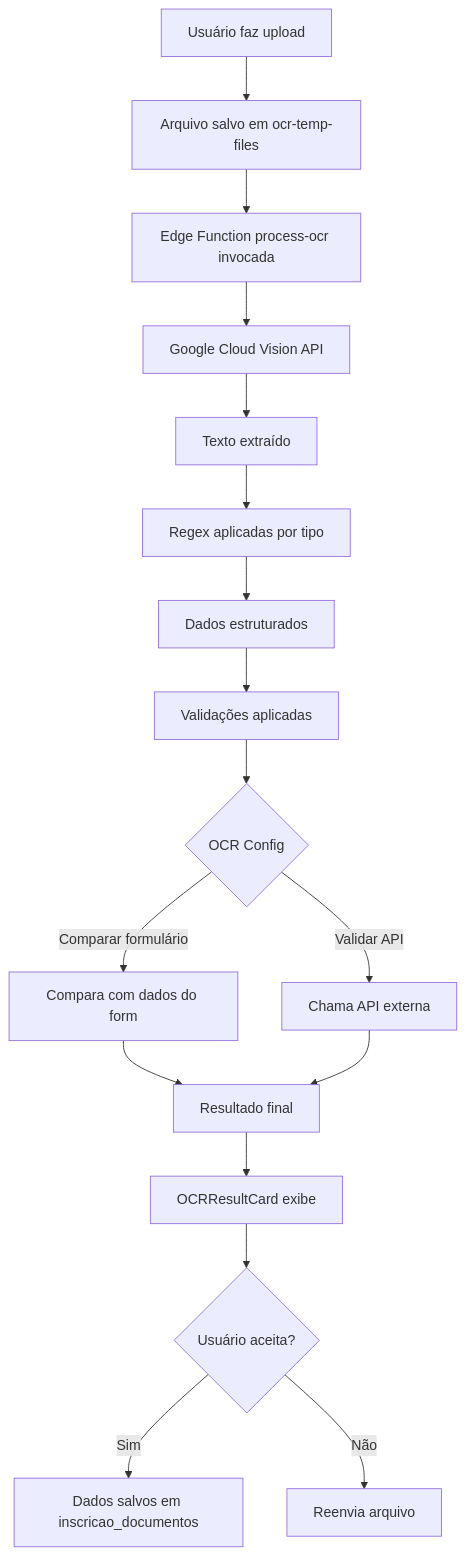
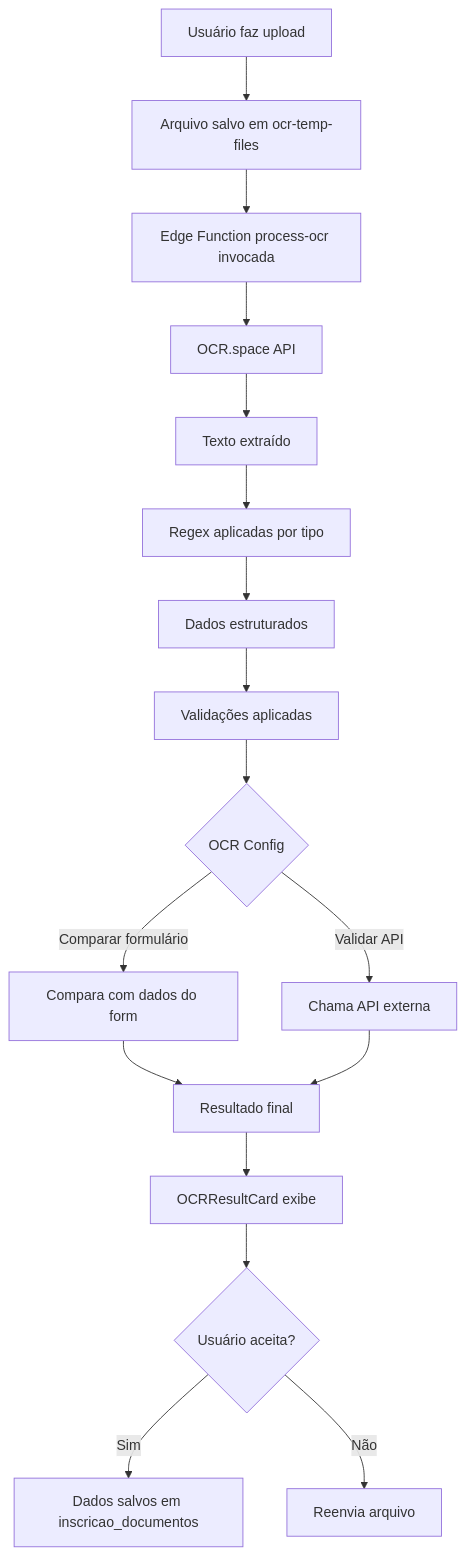
The diagram in docs/OCR_SYSTEM.md (4momSantos/ipe-saude-connect), drawn with Mermaid before and after one commit. The commit also changed other lines of this file and 1 other file, not shown here.

Commit message:
Migrate OCR to OCR.space

````diff
--- a/docs/OCR_SYSTEM.md
+++ b/docs/OCR_SYSTEM.md
@@ -221,19 +225,19 @@
 ```mermaid
 graph TD
     A[Usuário faz upload] --> B[Arquivo salvo em ocr-temp-files]
     B --> C[Edge Function process-ocr invocada]
-    C --> D[Google Cloud Vision API]
+    C --> D[OCR.space API]
     D --> E[Texto extraído]
     E --> F[Regex aplicadas por tipo]
     F --> G[Dados estruturados]
     G --> H[Validações aplicadas]
     H --> I{OCR Config}
     I -->|Comparar formulário| J[Compara com dados do form]
     I -->|Validar API| K[Chama API externa]
     J --> L[Resultado final]
     K --> L
     L --> M[OCRResultCard exibe]
     M --> N{Usuário aceita?}
     N -->|Sim| O[Dados salvos em inscricao_documentos]
     N -->|Não| P[Reenvia arquivo]
 ```
````
